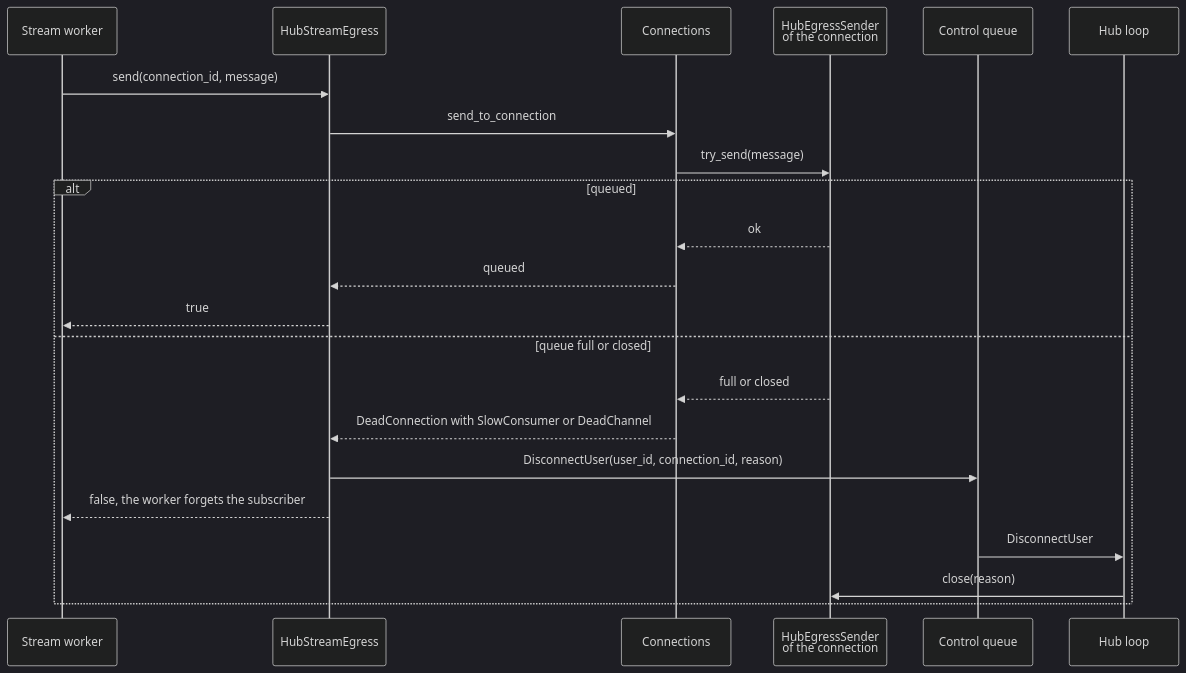
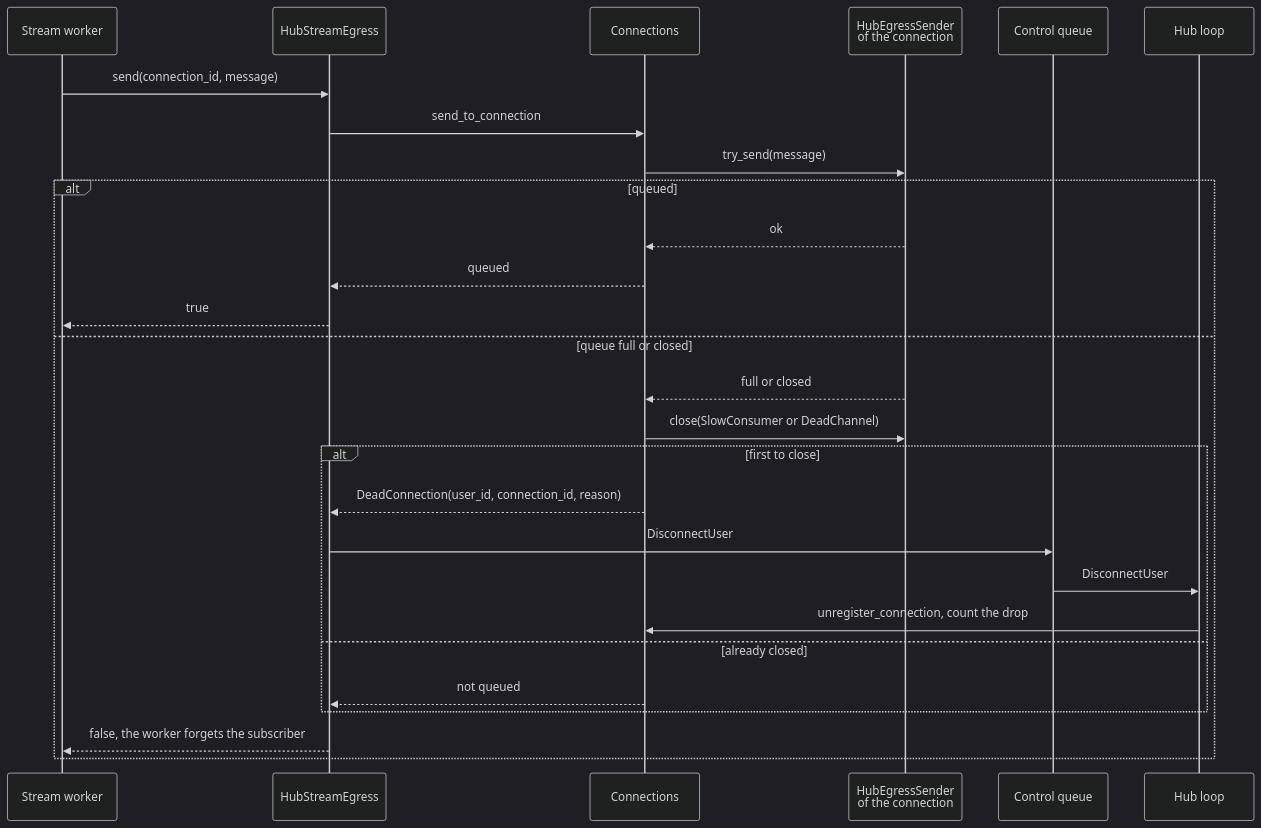
Before and after one commit to gzp79/shine-services: the second of 7 diagrams in docs/services/builder/hub.md, drawn with Mermaid (dark theme). The commit also changed other lines of this file and 7 other files, not shown here.

````diff
--- a/docs/services/builder/hub.md
+++ b/docs/services/builder/hub.md
@@ -84,25 +87,30 @@
 ```mermaid
 sequenceDiagram
     participant W as Stream worker
     participant SE as HubStreamEgress
     participant CN as Connections
     participant TX as HubEgressSender<br/>of the connection
     participant CQ as Control queue
     participant L as Hub loop
 
     W->>SE: send(connection_id, message)
     SE->>CN: send_to_connection
     CN->>TX: try_send(message)
     alt queued
         TX-->>CN: ok
         CN-->>SE: queued
         SE-->>W: true
     else queue full or closed
         TX-->>CN: full or closed
-        CN-->>SE: DeadConnection with SlowConsumer or DeadChannel
-        SE->>CQ: DisconnectUser(user_id, connection_id, reason)
+        CN->>TX: close(SlowConsumer or DeadChannel)
+        alt first to close
+            CN-->>SE: DeadConnection(user_id, connection_id, reason)
+            SE->>CQ: DisconnectUser
+            CQ->>L: DisconnectUser
+            L->>CN: unregister_connection, count the drop
+        else already closed
+            CN-->>SE: not queued
+        end
         SE-->>W: false, the worker forgets the subscriber
-        CQ->>L: DisconnectUser
-        L->>TX: close(reason)
     end
 ```
````
